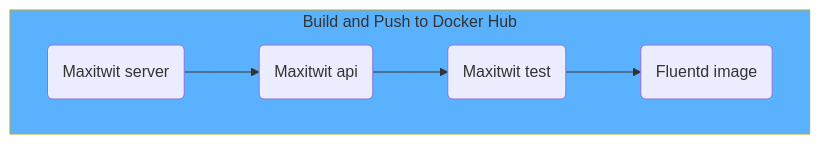
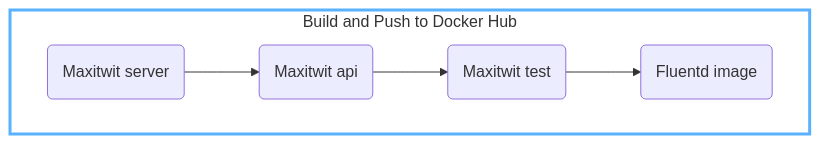
One commit to DevOps-2024-group-p/maxitwit changed the eighth of 10 diagrams in report/report.md. Above: the diagram before and after it, drawn with Mermaid. The commit also changed other lines of this file and 1 other file, not shown here.

````diff
--- a/report/report.md
+++ b/report/report.md
@@ -231,10 +233,10 @@
 ```mermaid
 flowchart TB
     subgraph B["Build and Push to Docker Hub"]
         id0("Maxitwit server")-->id1("Maxitwit api")
         id1-->id2("Maxitwit test")
         id2-->id3("Fluentd image") 
     end
 
-    style B fill:#5AB2FF
+    style B stroke:#5AB2FF, stroke-width:3px, fill:#FFFFFF
 ```
````
